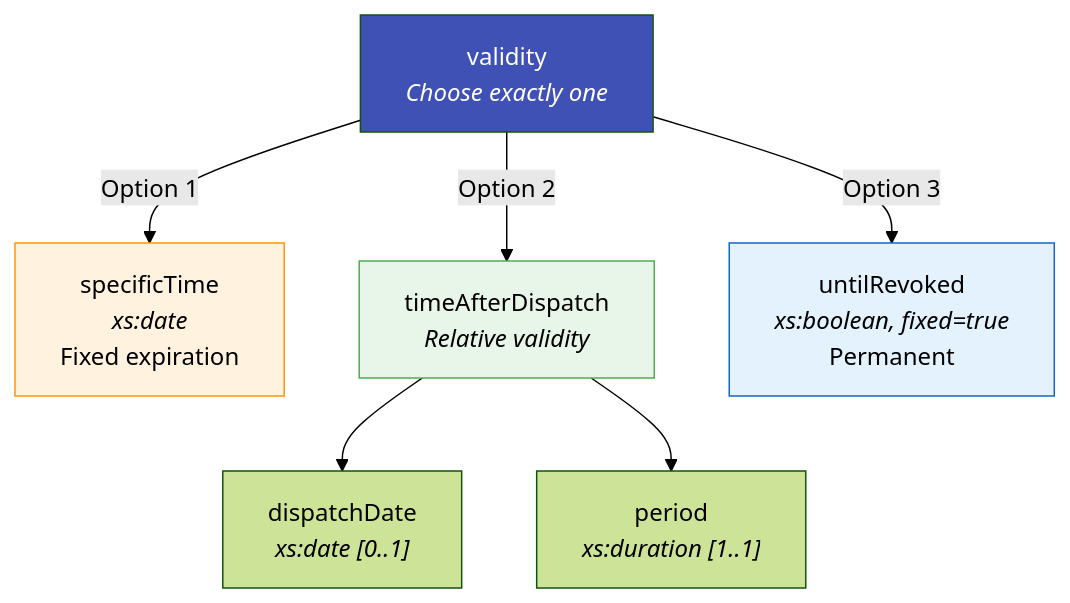
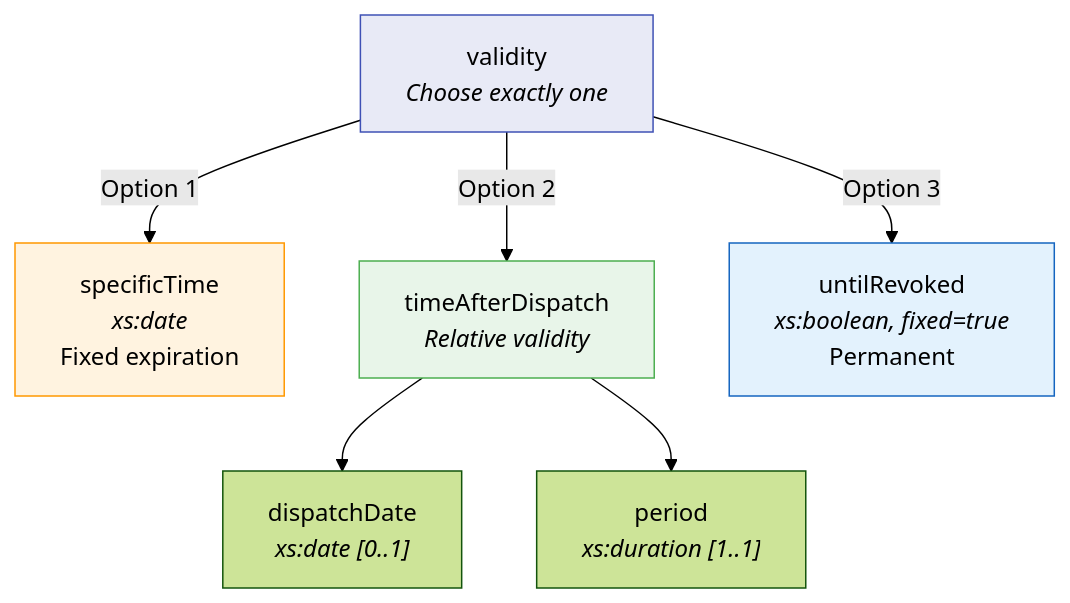
Before and after one commit to punitharumilli/DRMD_Schema: the fourth of 6 diagrams in docs/administrative_data.md, drawn with Mermaid (forest theme). The commit also changed other lines of this file and 6 other files, not shown here.

````diff
--- a/docs/administrative_data.md
+++ b/docs/administrative_data.md
@@ -235,19 +228,19 @@
 ```mermaid
 graph TD
     VAL["validity<br/><i>Choose exactly one</i>"]
     ST["specificTime<br/><i>xs:date</i><br/>Fixed expiration"]
     TAD["timeAfterDispatch<br/><i>Relative validity</i>"]
     UR["untilRevoked<br/><i>xs:boolean, fixed=true</i><br/>Permanent"]
 
     VAL -->|Option 1| ST
     VAL -->|Option 2| TAD
     VAL -->|Option 3| UR
 
     TAD --> DD["dispatchDate<br/><i>xs:date [0..1]</i>"]
     TAD --> PER["period<br/><i>xs:duration [1..1]</i>"]
 
-    style VAL fill:#3f51b5,color:#fff
+    style VAL fill:#e8eaf6,color:#000,stroke:#3f51b5
     style ST fill:#fff3e0,stroke:#ff9800
     style TAD fill:#e8f5e9,stroke:#4caf50
     style UR fill:#e3f2fd,stroke:#1565c0
 ```
````
